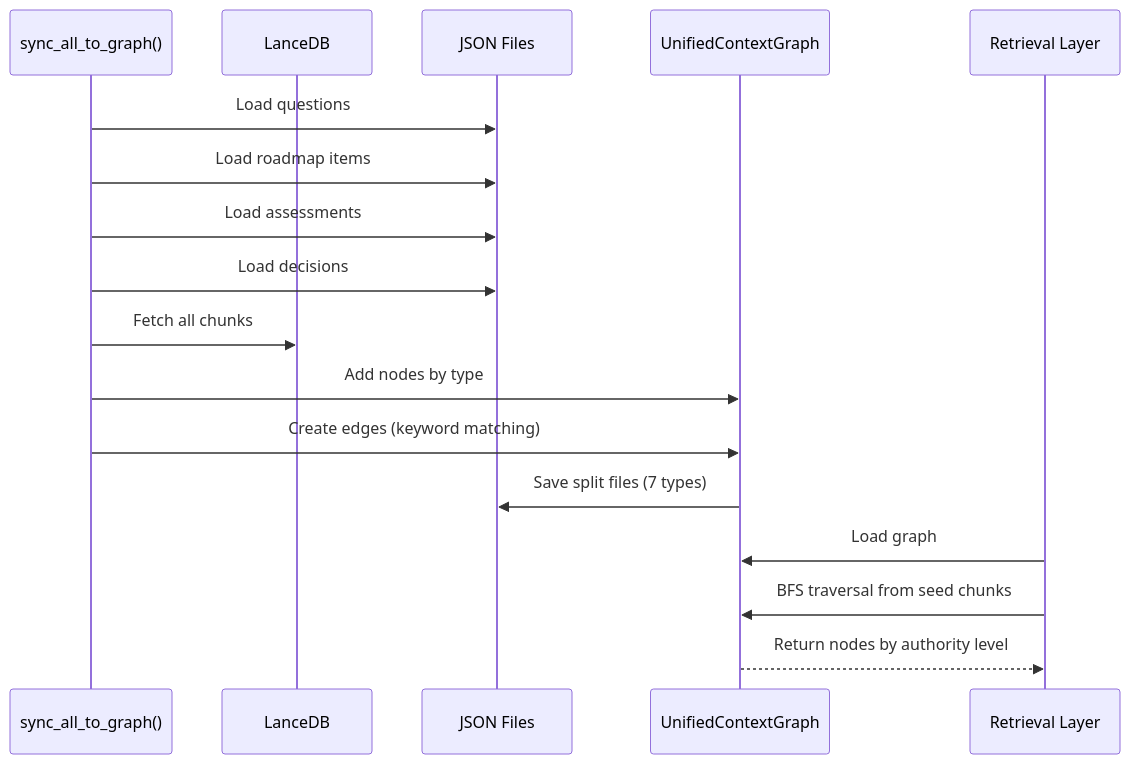
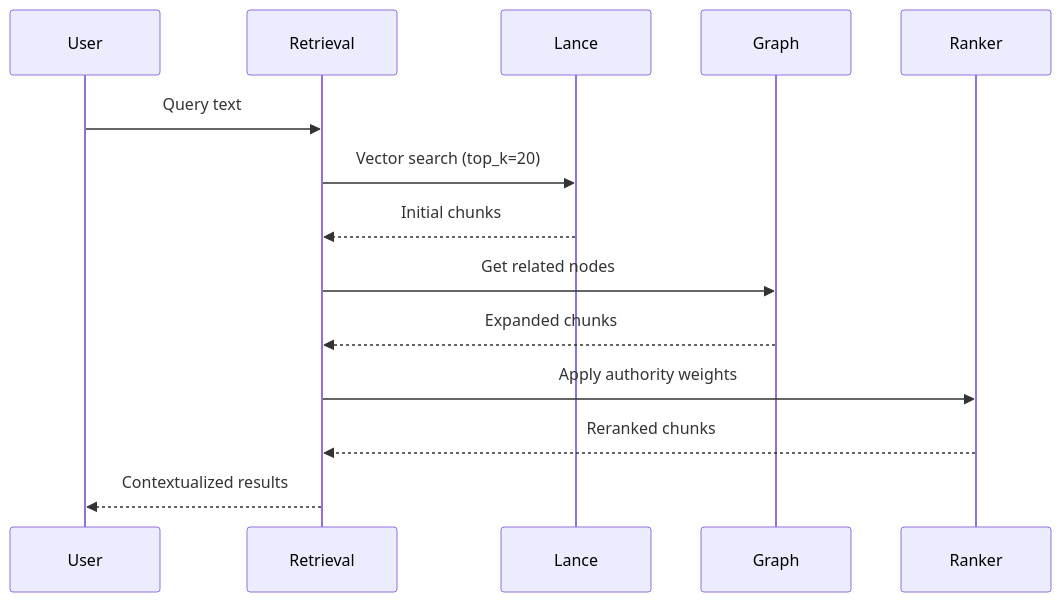
Before and after one commit to HumanFirstAi/roadmap-synth: the fourth of 11 diagrams in ARCHITECTURE_REVIEW.md, drawn with Mermaid. The commit also changed other lines of this file and 11 other files, not shown here.

First line of the commit message:
Add expanded test suite and update architecture documentation

````diff
--- a/ARCHITECTURE_REVIEW.md
+++ b/ARCHITECTURE_REVIEW.md
@@ -353,20 +299,20 @@
 ```mermaid
 sequenceDiagram
-    participant Sync as sync_all_to_graph()
-    participant Lance as LanceDB
-    participant JSON as JSON Files
-    participant Graph as UnifiedContextGraph
-    participant Ret as Retrieval Layer
+    participant User
+    participant Retrieval
+    participant Lance
+    participant Graph
+    participant Ranker
 
-    Sync->>JSON: Load questions
-    Sync->>JSON: Load roadmap items
-    Sync->>JSON: Load assessments
-    Sync->>JSON: Load decisions
-    Sync->>Lance: Fetch all chunks
-    Sync->>Graph: Add nodes by type
-    Sync->>Graph: Create edges (keyword matching)
-    Graph->>JSON: Save split files (7 types)
-    Ret->>Graph: Load graph
-    Ret->>Graph: BFS traversal from seed chunks
-    Graph-->>Ret: Return nodes by authority level
+    User->>Retrieval: Query text
+    Retrieval->>Lance: Vector search (top_k=20)
+    Lance-->>Retrieval: Initial chunks
+
+    Retrieval->>Graph: Get related nodes
+    Graph-->>Retrieval: Expanded chunks
+
+    Retrieval->>Ranker: Apply authority weights
+    Ranker-->>Retrieval: Reranked chunks
+
+    Retrieval-->>User: Contextualized results
 ```
````
